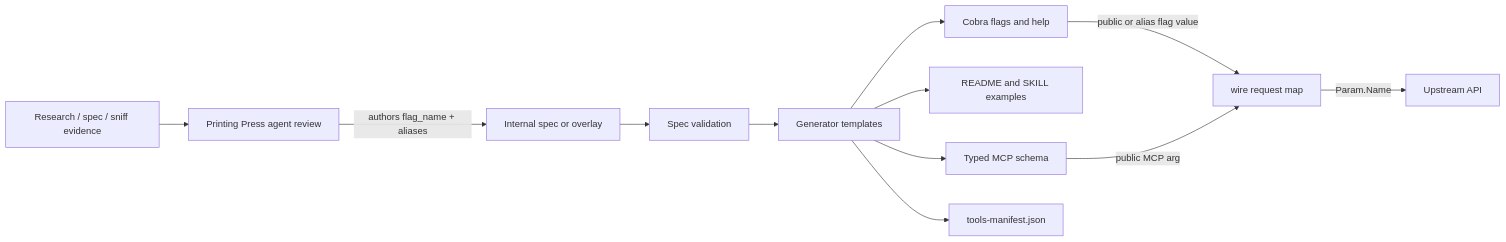
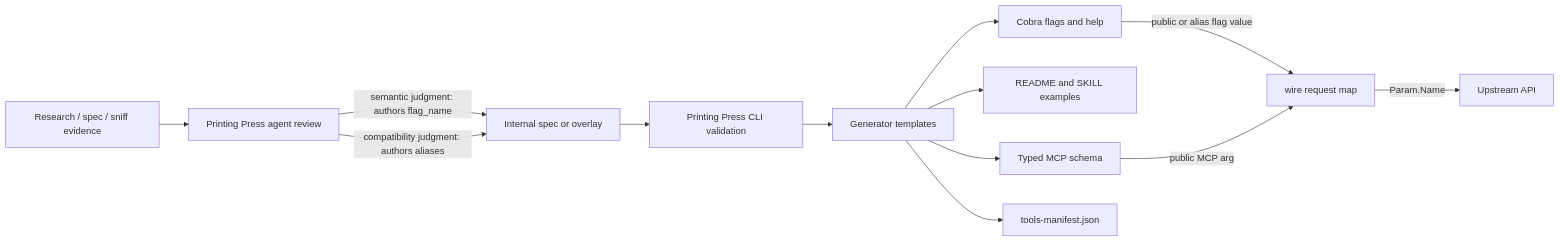
The diagram in docs/plans/2026-05-06-001-feat-agent-authored-public-param-names-plan.md (mvanhorn/cli-printing-press), drawn with Mermaid before and after one commit. The commit also changed other lines of this file, not shown here.

Commit message:
docs(cli): clarify public param skill handoff

````diff
--- a/docs/plans/2026-05-06-001-feat-agent-authored-public-param-names-plan.md
+++ b/docs/plans/2026-05-06-001-feat-agent-authored-public-param-names-plan.md
@@ -132,14 +168,15 @@
 ```mermaid
 flowchart LR
   A[Research / spec / sniff evidence] --> B[Printing Press agent review]
-  B -->|authors flag_name + aliases| C[Internal spec or overlay]
-  C --> D[Spec validation]
+  B -->|semantic judgment: authors flag_name| C[Internal spec or overlay]
+  B -->|compatibility judgment: authors aliases| C
+  C --> D[Printing Press CLI validation]
   D --> E[Generator templates]
   E --> F[Cobra flags and help]
   E --> G[README and SKILL examples]
   E --> H[Typed MCP schema]
   E --> I[tools-manifest.json]
   F -->|public or alias flag value| J[wire request map]
   H -->|public MCP arg| J
   J -->|Param.Name| K[Upstream API]
 ```
````
